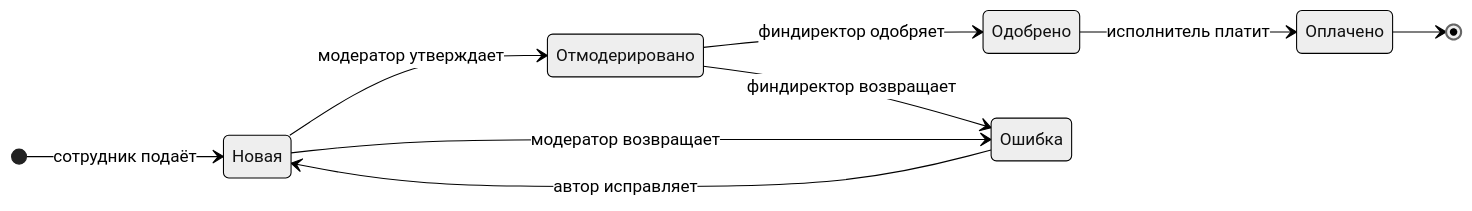
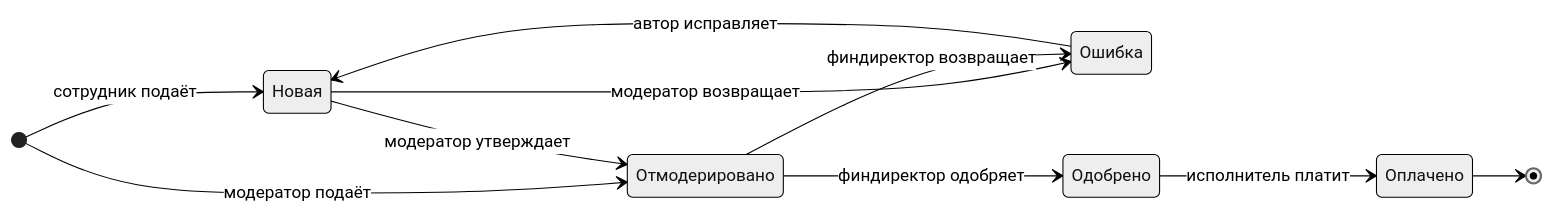
The diagram in README.md (adalekin/zrs), drawn with Mermaid (neutral theme) before and after one commit. The commit also changed other lines of this file and 11 other files, not shown here.

````diff
--- a/README.md
+++ b/README.md
@@ -66,18 +66,19 @@
 ```mermaid
 stateDiagram-v2
     direction LR
     state "Новая" as new
     state "Ошибка" as returned
     state "Отмодерировано" as escalated
     state "Одобрено" as approved
     state "Оплачено" as paid
 
     [*] --> new: сотрудник подаёт
+    [*] --> escalated: модератор подаёт
     new --> escalated: модератор утверждает
     new --> returned: модератор возвращает
     returned --> new: автор исправляет
     escalated --> approved: финдиректор одобряет
     escalated --> returned: финдиректор возвращает
     approved --> paid: исполнитель платит
     paid --> [*]
 ```
````
